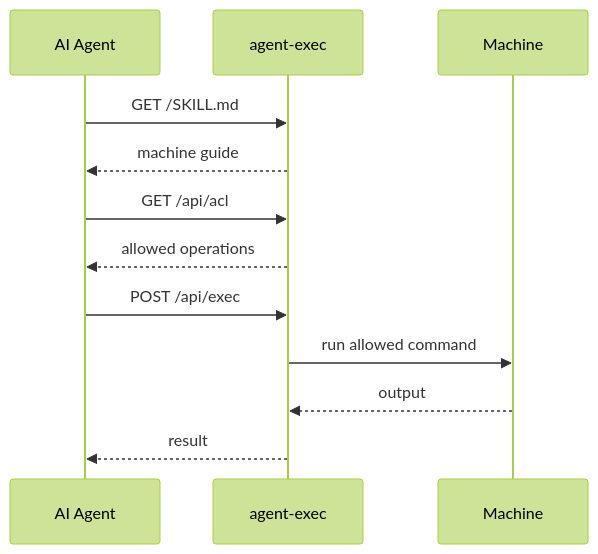
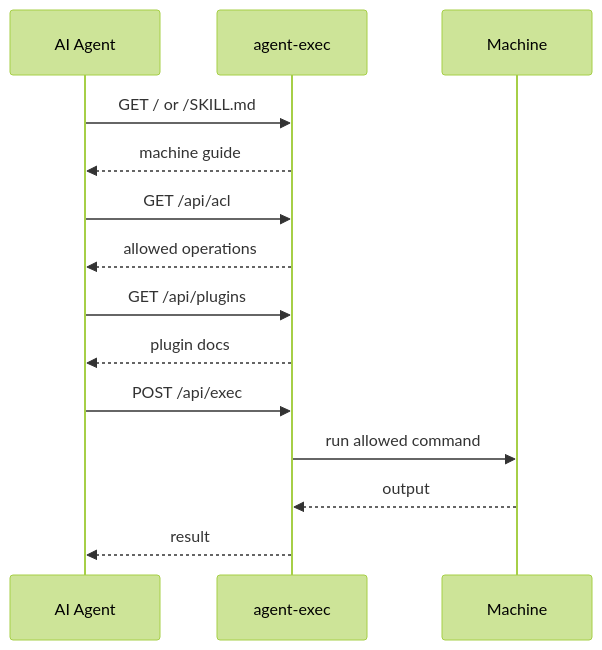
Before and after one commit to to-agent/agent-exec: the diagram in README.md, drawn with Mermaid (forest theme). The commit also changed other lines of this file and 7 other files, not shown here.

````diff
--- a/README.md
+++ b/README.md
@@ -153,15 +154,17 @@
 ```mermaid
 sequenceDiagram
     participant Agent as AI Agent
     participant AE as agent-exec
     participant Machine as Machine
 
-    Agent->>AE: GET /SKILL.md
+    Agent->>AE: GET / or /SKILL.md
     AE-->>Agent: machine guide
     Agent->>AE: GET /api/acl
     AE-->>Agent: allowed operations
+    Agent->>AE: GET /api/plugins
+    AE-->>Agent: plugin docs
     Agent->>AE: POST /api/exec
     AE->>Machine: run allowed command
     Machine-->>AE: output
     AE-->>Agent: result
 ```
````
